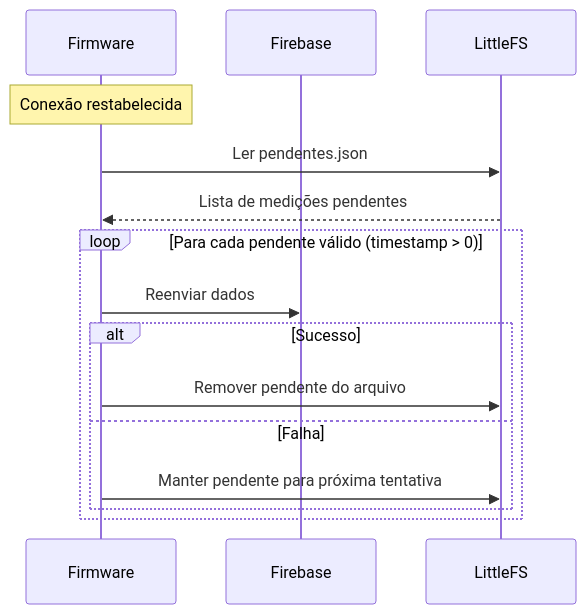
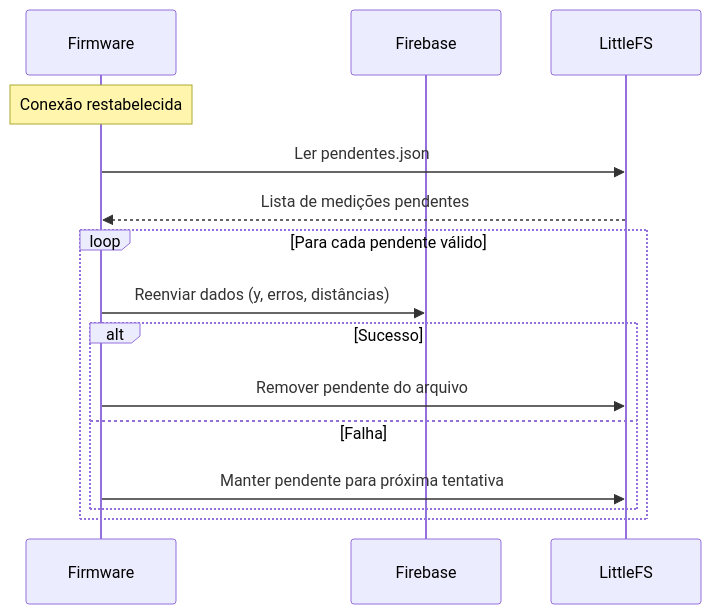
Before and after one commit to tecbudo/niveltec: the sixth of 11 diagrams in README.md, drawn with Mermaid. The commit also changed other lines of this file, not shown here.

````diff
--- a/README.md
+++ b/README.md
@@ -281,18 +417,18 @@
 ```mermaid
 sequenceDiagram
     participant Firmware
     participant Firebase
     participant LittleFS
 
     Note over Firmware: Conexão restabelecida
     Firmware->>LittleFS: Ler pendentes.json
     LittleFS-->>Firmware: Lista de medições pendentes
-    loop Para cada pendente válido (timestamp > 0)
-        Firmware->>Firebase: Reenviar dados
+    loop Para cada pendente válido
+        Firmware->>Firebase: Reenviar dados (y, erros, distâncias)
         alt Sucesso
             Firmware->>LittleFS: Remover pendente do arquivo
         else Falha
             Firmware->>LittleFS: Manter pendente para próxima tentativa
         end
     end
 ```
````
